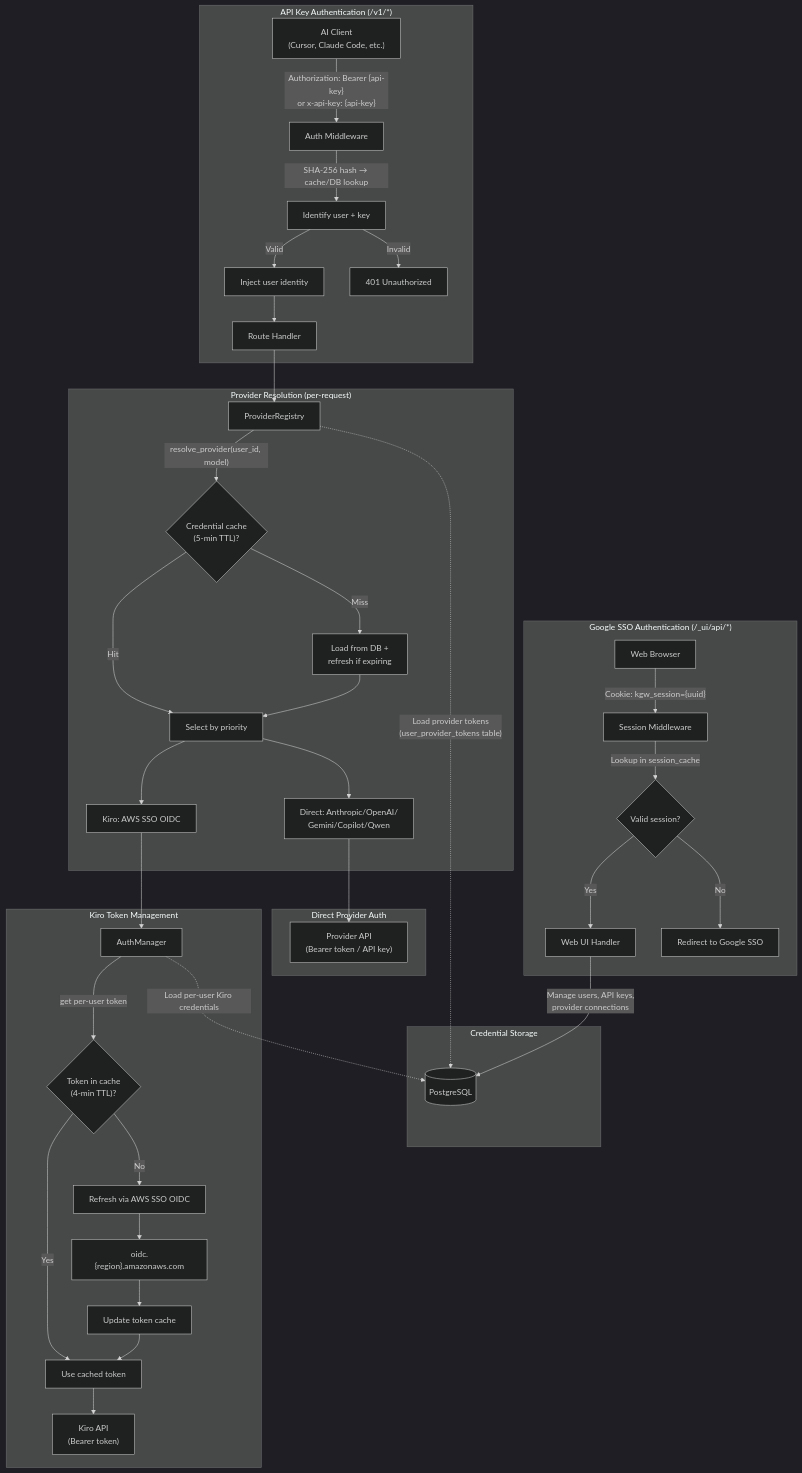
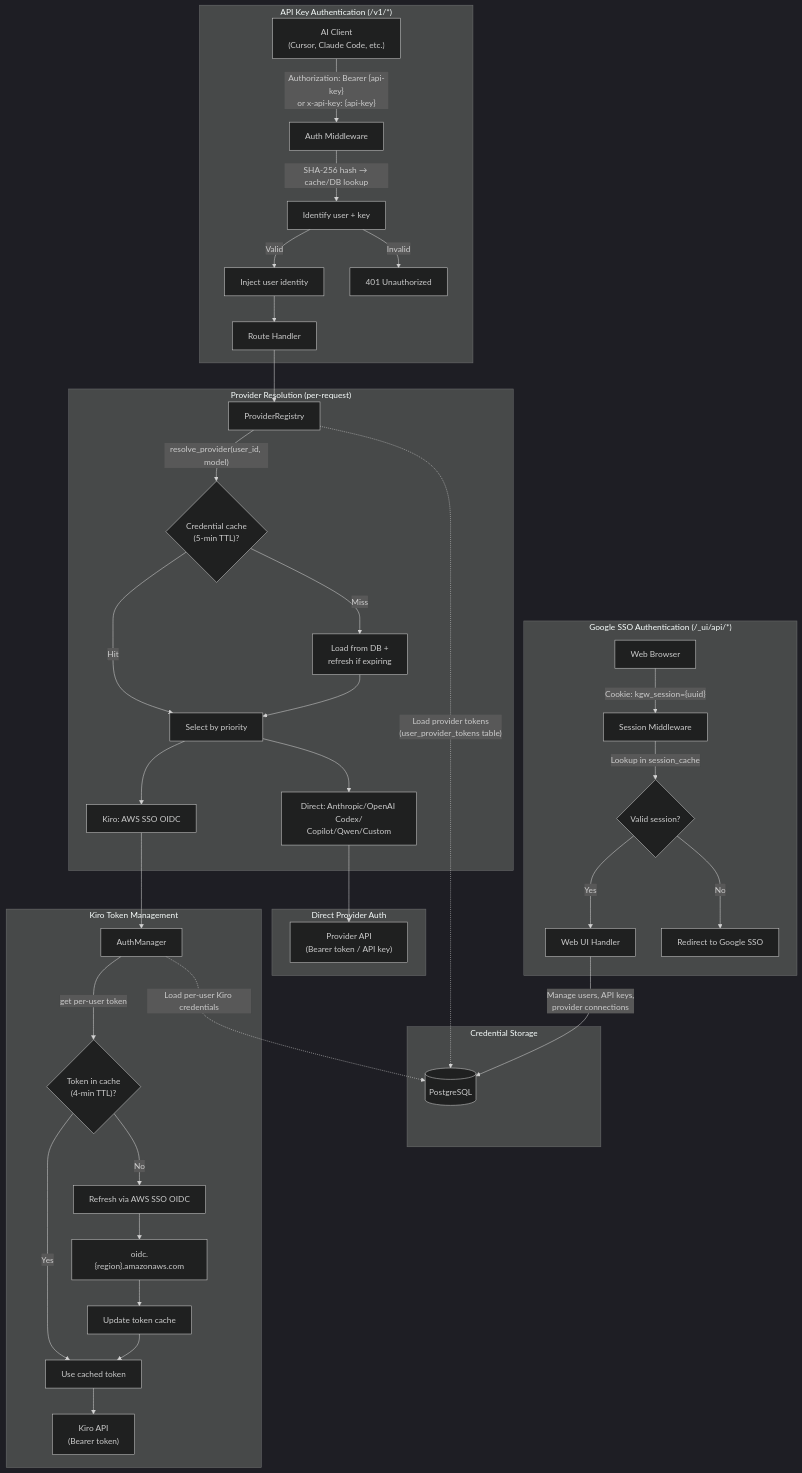
One commit to wongtsejian/rkgw changed the second of 9 diagrams in gh-pages/docs/architecture/authentication.md. Above: the diagram before and after it, drawn with Mermaid (dark theme). The commit also changed other lines of this file and 15 other files, not shown here.

````diff
--- a/gh-pages/docs/architecture/authentication.md
+++ b/gh-pages/docs/architecture/authentication.md
@@ -111,53 +111,53 @@
 ```mermaid
 flowchart TB
     subgraph ProxyAuth["API Key Authentication (/v1/*)"]
         CLIENT["AI Client<br/>(Cursor, Claude Code, etc.)"]
         MW["Auth Middleware"]
         CLIENT -->|"Authorization: Bearer {api-key}<br/>or x-api-key: {api-key}"| MW
         MW -->|"SHA-256 hash → cache/DB lookup"| LOOKUP["Identify user + key"]
         LOOKUP -->|Valid| INJECT["Inject user identity"]
         LOOKUP -->|Invalid| REJECT["401 Unauthorized"]
         INJECT --> HANDLER["Route Handler"]
     end
 
     subgraph WebAuth["Google SSO Authentication (/_ui/api/*)"]
         BROWSER["Web Browser"]
         SESSION["Session Middleware"]
         BROWSER -->|"Cookie: kgw_session={uuid}"| SESSION
         SESSION -->|"Lookup in session_cache"| SESSION_CHECK{"Valid session?"}
         SESSION_CHECK -->|Yes| WEBHANDLER["Web UI Handler"]
         SESSION_CHECK -->|No| LOGIN["Redirect to Google SSO"]
     end
 
     subgraph ProviderAuth["Provider Resolution (per-request)"]
         HANDLER --> REGISTRY["ProviderRegistry"]
         REGISTRY -->|"resolve_provider(user_id, model)"| PROV_CACHE{"Credential cache<br/>(5-min TTL)?"}
         PROV_CACHE -->|Hit| SELECT["Select by priority"]
         PROV_CACHE -->|Miss| LOAD_CREDS["Load from DB +<br/>refresh if expiring"]
         LOAD_CREDS --> SELECT
         SELECT --> KIRO_PATH["Kiro: AWS SSO OIDC"]
-        SELECT --> DIRECT_PATH["Direct: Anthropic/OpenAI/<br/>Gemini/Copilot/Qwen"]
+        SELECT --> DIRECT_PATH["Direct: Anthropic/OpenAI Codex/<br/>Copilot/Qwen/Custom"]
     end
 
     subgraph BackendAuth["Kiro Token Management"]
         KIRO_PATH --> AUTHMGR["AuthManager"]
         AUTHMGR -->|"get per-user token"| TOKEN_CACHE{"Token in cache<br/>(4-min TTL)?"}
         TOKEN_CACHE -->|Yes| USE_TOKEN["Use cached token"]
         TOKEN_CACHE -->|No| REFRESH["Refresh via AWS SSO OIDC"]
         REFRESH --> OIDC["oidc.{region}.amazonaws.com"]
         OIDC --> UPDATE["Update token cache"]
         UPDATE --> USE_TOKEN
         USE_TOKEN --> KIRO["Kiro API<br/>(Bearer token)"]
     end
 
     subgraph DirectAuth["Direct Provider Auth"]
         DIRECT_PATH --> PROVIDER_API["Provider API<br/>(Bearer token / API key)"]
     end
 
     subgraph Storage["Credential Storage"]
         PG[("PostgreSQL")]
         AUTHMGR -.->|"Load per-user Kiro credentials"| PG
         REGISTRY -.->|"Load provider tokens<br/>(user_provider_tokens table)"| PG
         WEBHANDLER -->|"Manage users, API keys,<br/>provider connections"| PG
     end
 ```
````
